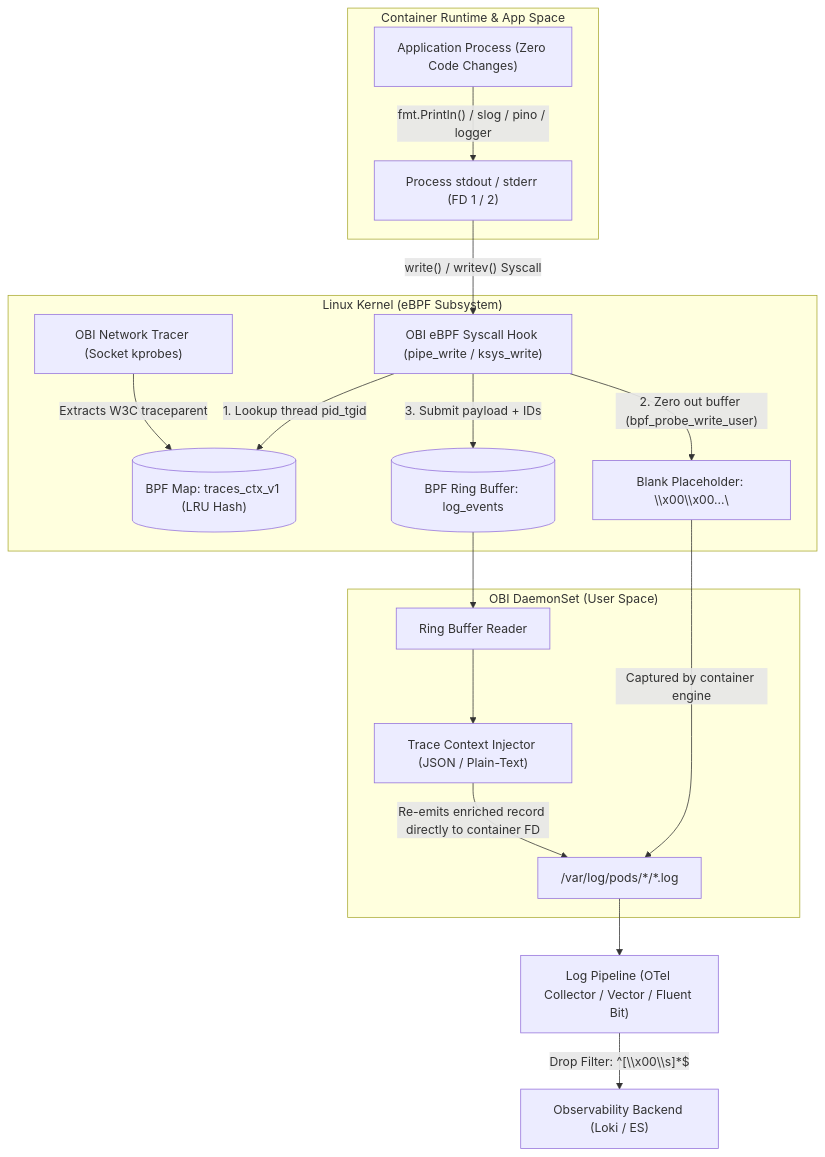
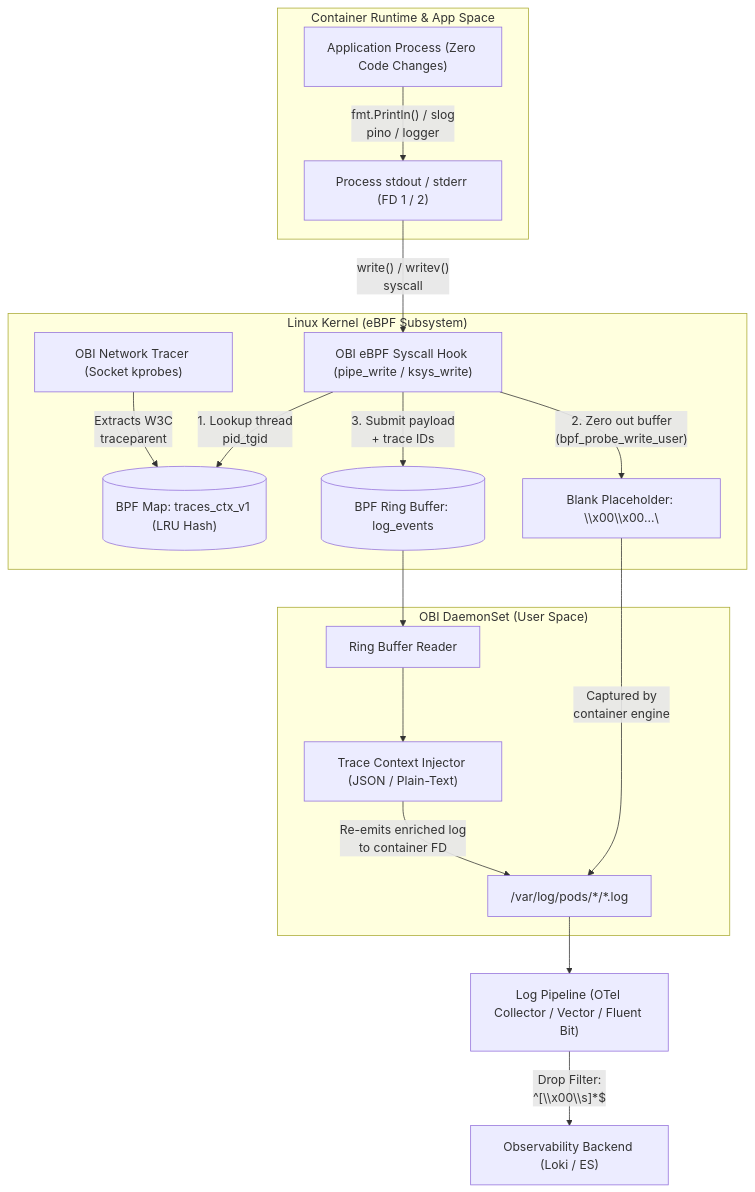
Before and after one commit to nubenetes/obi-trace-log-correlation: the first of 2 diagrams in docs/architecture.md, drawn with Mermaid. The commit also changed 1 other file, not shown here.

Commit message:
fix(docs): add line breaks to mermaid edge labels to prevent text truncation

````diff
--- a/docs/architecture.md
+++ b/docs/architecture.md
@@ -67,24 +67,24 @@
 ```mermaid
 flowchart TD
     subgraph ContainerRuntime["Container Runtime & App Space"]
-        App["Application Process (Zero Code Changes)"] -->|"fmt.Println() / slog / pino / logger"| Stdio["Process stdout / stderr (FD 1 / 2)"]
+        App["Application Process (Zero Code Changes)"] -->|"fmt.Println() / slog<br/>pino / logger"| Stdio["Process stdout / stderr (FD 1 / 2)"]
     end
 
     subgraph LinuxKernel["Linux Kernel (eBPF Subsystem)"]
-        Stdio -->|"write() / writev() Syscall"| SyscallHook["OBI eBPF Syscall Hook (pipe_write / ksys_write)"]
-        Tracer["OBI Network Tracer (Socket kprobes)"] -->|"Extracts W3C traceparent"| Map[("BPF Map: traces_ctx_v1 (LRU Hash)")]
-        SyscallHook -->|"1. Lookup thread pid_tgid"| Map
-        SyscallHook -->|"2. Zero out buffer (bpf_probe_write_user)"| SuppressedBuffer["Blank Placeholder: \\x00\\x00...\\n"]
-        SyscallHook -->|"3. Submit payload + IDs"| RingBuffer[("BPF Ring Buffer: log_events")]
+        Stdio -->|"write() / writev()<br/>syscall"| SyscallHook["OBI eBPF Syscall Hook (pipe_write / ksys_write)"]
+        Tracer["OBI Network Tracer (Socket kprobes)"] -->|"Extracts W3C<br/>traceparent"| Map[("BPF Map: traces_ctx_v1 (LRU Hash)")]
+        SyscallHook -->|"1. Lookup thread<br/>pid_tgid"| Map
+        SyscallHook -->|"2. Zero out buffer<br/>(bpf_probe_write_user)"| SuppressedBuffer["Blank Placeholder: \\x00\\x00...\\n"]
+        SyscallHook -->|"3. Submit payload<br/>+ trace IDs"| RingBuffer[("BPF Ring Buffer: log_events")]
     end
 
     subgraph OBIDaemon["OBI DaemonSet (User Space)"]
         RingBuffer --> RingConsumer["Ring Buffer Reader"]
         RingConsumer --> Injector["Trace Context Injector (JSON / Plain-Text)"]
-        Injector -->|"Re-emits enriched record directly to container FD"| PodLogFile["/var/log/pods/*/*.log"]
+        Injector -->|"Re-emits enriched log<br/>to container FD"| PodLogFile["/var/log/pods/*/*.log"]
     end
 
-    SuppressedBuffer -->|"Captured by container engine"| PodLogFile
+    SuppressedBuffer -->|"Captured by<br/>container engine"| PodLogFile
     PodLogFile --> LogShipper["Log Pipeline (OTel Collector / Vector / Fluent Bit)"]
-    LogShipper -->|"Drop Filter: ^[\\x00\\s]*$"| Storage["Observability Backend (Loki / ES)"]
+    LogShipper -->|"Drop Filter:<br/>^[\\x00\\s]*$"| Storage["Observability Backend (Loki / ES)"]
 ```
````
